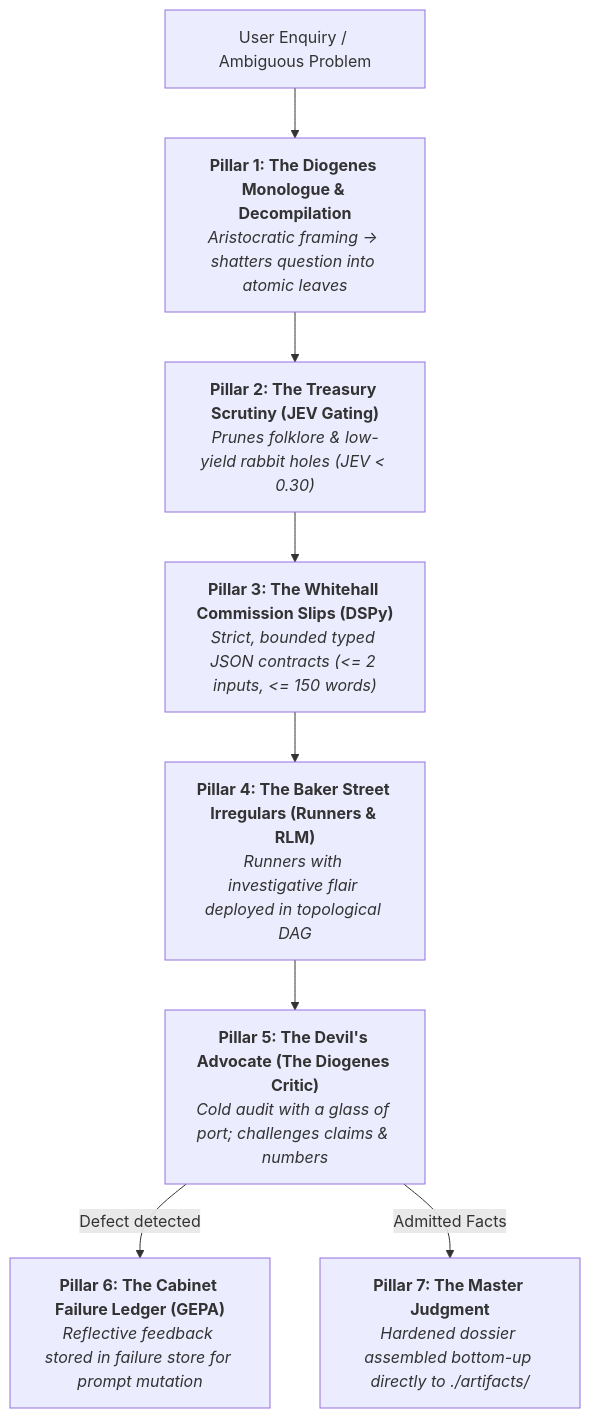
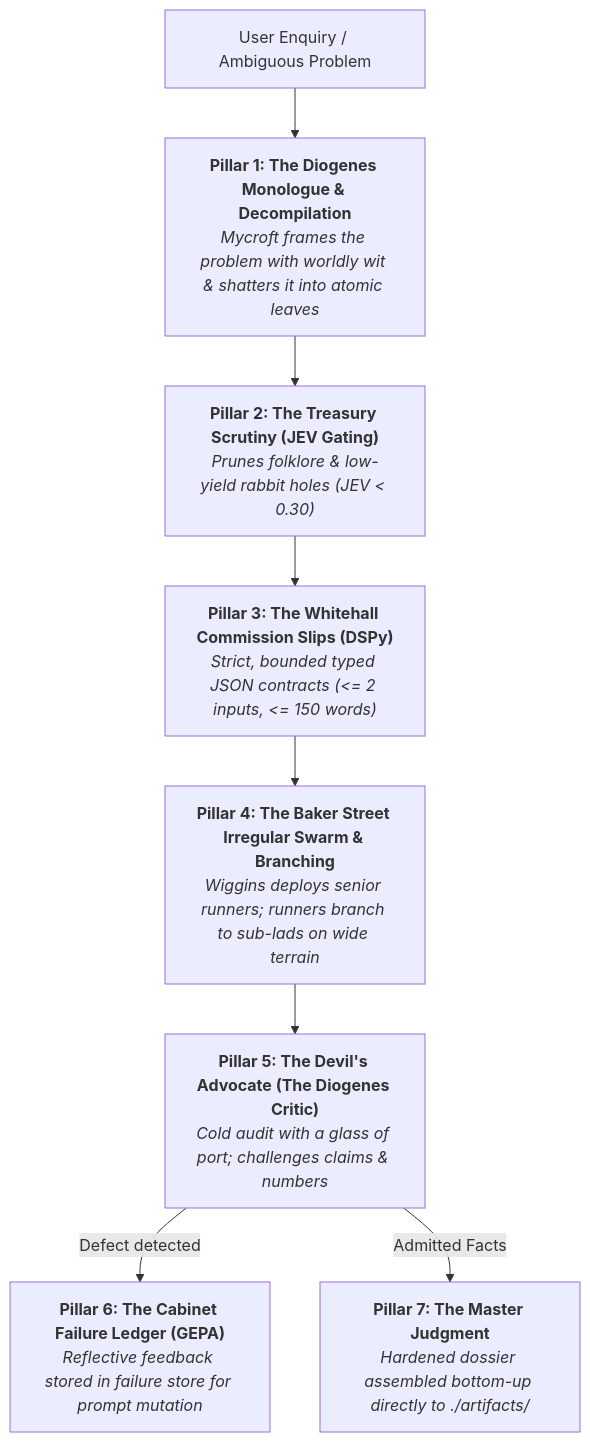
Before and after one commit to begosh/skills: the diagram in skills/research/mycroft/SKILL.md, drawn with Mermaid. The commit also changed other lines of this file and 1 other file, not shown here.

Commit message:
feat(mycroft): v3.3.0 recursive runner branching into sub-irregulars with 4 iron invariants

````diff
--- a/skills/research/mycroft/SKILL.md
+++ b/skills/research/mycroft/SKILL.md
@@ -32,15 +32,15 @@
 ```mermaid
 flowchart TD
-    UserQuestion["User Enquiry / Ambiguous Problem"] --> Monologue["<b>Pillar 1: The Diogenes Monologue & Decompilation</b><br/><i>Aristocratic framing -> shatters question into atomic leaves</i>"]
+    UserQuestion["User Enquiry / Ambiguous Problem"] --> Monologue["<b>Pillar 1: The Diogenes Monologue & Decompilation</b><br/><i>Mycroft frames the problem with worldly wit & shatters it into atomic leaves</i>"]
     
     Monologue --> JEV["<b>Pillar 2: The Treasury Scrutiny (JEV Gating)</b><br/><i>Prunes folklore & low-yield rabbit holes (JEV < 0.30)</i>"]
     
     JEV --> Whitehall["<b>Pillar 3: The Whitehall Commission Slips (DSPy)</b><br/><i>Strict, bounded typed JSON contracts (<= 2 inputs, <= 150 words)</i>"]
     
-    Whitehall --> Swarm["<b>Pillar 4: The Baker Street Irregulars (Runners & RLM)</b><br/><i>Runners with investigative flair deployed in topological DAG</i>"]
+    Whitehall --> Swarm["<b>Pillar 4: The Baker Street Irregular Swarm & Branching</b><br/><i>Wiggins deploys senior runners; runners branch to sub-lads on wide terrain</i>"]
     
     Swarm --> Critic["<b>Pillar 5: The Devil's Advocate (The Diogenes Critic)</b><br/><i>Cold audit with a glass of port; challenges claims & numbers</i>"]
     
     Critic -->|Defect detected| GEPA["<b>Pillar 6: The Cabinet Failure Ledger (GEPA)</b><br/><i>Reflective feedback stored in failure store for prompt mutation</i>"]
     Critic -->|Admitted Facts| Master["<b>Pillar 7: The Master Judgment</b><br/><i>Hardened dossier assembled bottom-up directly to ./artifacts/</i>"]
 ```
````
